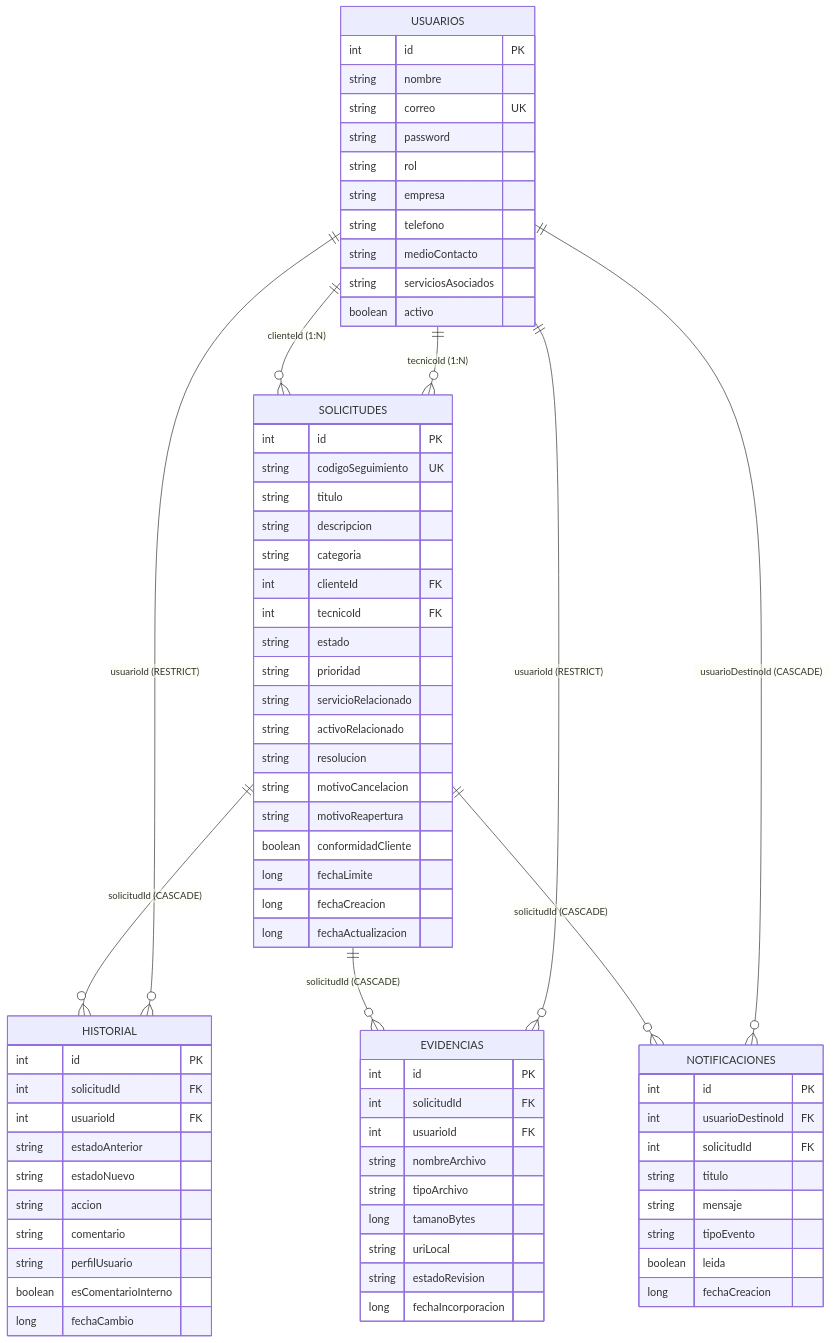
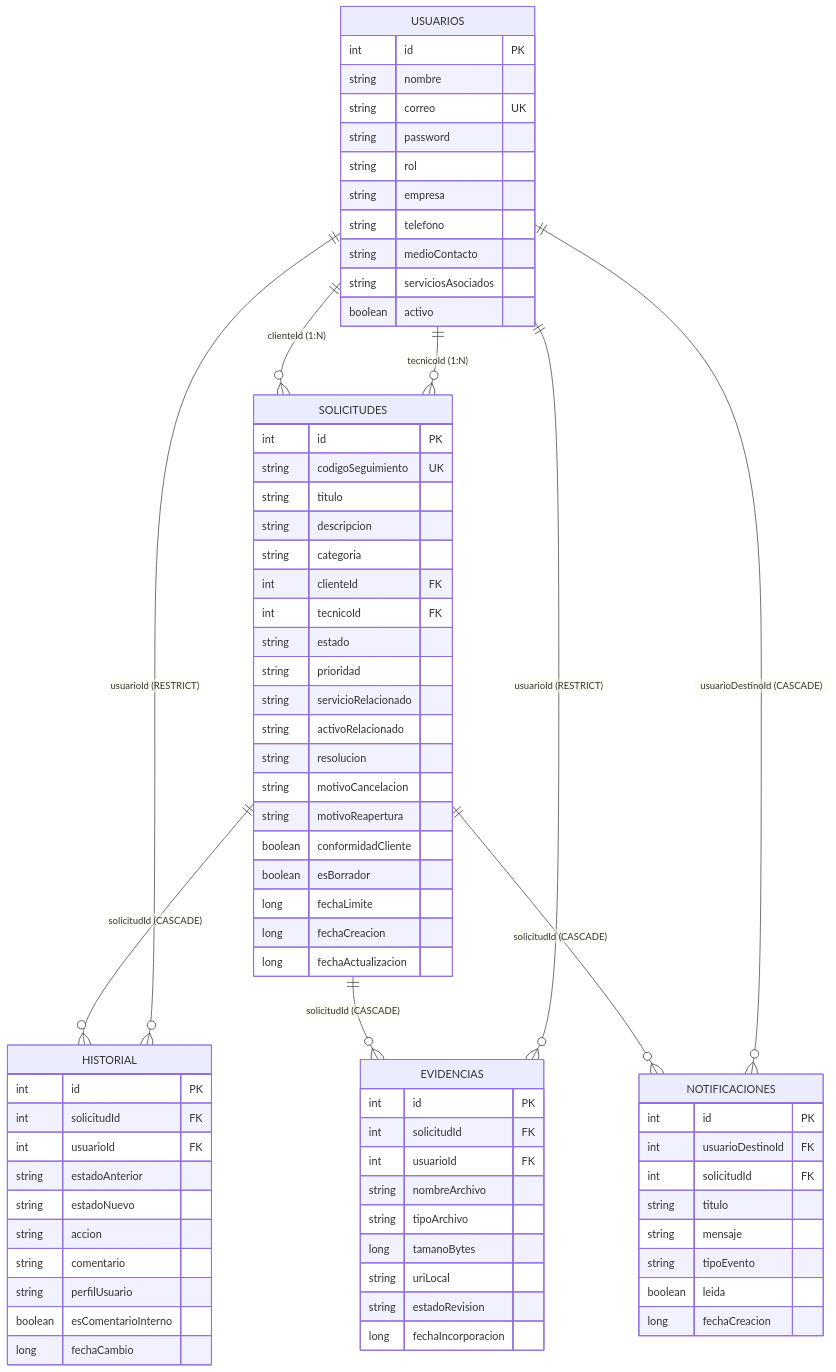
Before and after one commit to Liz-Elizabeth/GSM: the third of 3 diagrams in README.md, drawn with Mermaid. The commit also changed other lines of this file, not shown here.

````diff
--- a/README.md
+++ b/README.md
@@ -106,81 +129,82 @@
 ```mermaid
 erDiagram
     USUARIOS ||--o{ SOLICITUDES : "clienteId (1:N)"
     USUARIOS ||--o{ SOLICITUDES : "tecnicoId (1:N)"
     SOLICITUDES ||--o{ HISTORIAL : "solicitudId (CASCADE)"
     USUARIOS ||--o{ HISTORIAL : "usuarioId (RESTRICT)"
     SOLICITUDES ||--o{ EVIDENCIAS : "solicitudId (CASCADE)"
     USUARIOS ||--o{ EVIDENCIAS : "usuarioId (RESTRICT)"
     SOLICITUDES ||--o{ NOTIFICACIONES : "solicitudId (CASCADE)"
     USUARIOS ||--o{ NOTIFICACIONES : "usuarioDestinoId (CASCADE)"
 
     USUARIOS {
         int id PK
         string nombre
         string correo UK
         string password
         string rol
         string empresa
         string telefono
         string medioContacto
         string serviciosAsociados
         boolean activo
     }
 
     SOLICITUDES {
         int id PK
         string codigoSeguimiento UK
         string titulo
         string descripcion
         string categoria
         int clienteId FK
         int tecnicoId FK
         string estado
         string prioridad
         string servicioRelacionado
         string activoRelacionado
         string resolucion
         string motivoCancelacion
         string motivoReapertura
         boolean conformidadCliente
+        boolean esBorrador
         long fechaLimite
         long fechaCreacion
         long fechaActualizacion
     }
 
     HISTORIAL {
         int id PK
         int solicitudId FK
         int usuarioId FK
         string estadoAnterior
         string estadoNuevo
         string accion
         string comentario
         string perfilUsuario
         boolean esComentarioInterno
         long fechaCambio
     }
 
     EVIDENCIAS {
         int id PK
         int solicitudId FK
         int usuarioId FK
         string nombreArchivo
         string tipoArchivo
         long tamanoBytes
         string uriLocal
         string estadoRevision
         long fechaIncorporacion
     }
 
     NOTIFICACIONES {
         int id PK
         int usuarioDestinoId FK
         int solicitudId FK
         string titulo
         string mensaje
         string tipoEvento
         boolean leida
         long fechaCreacion
     }
 ```
````
